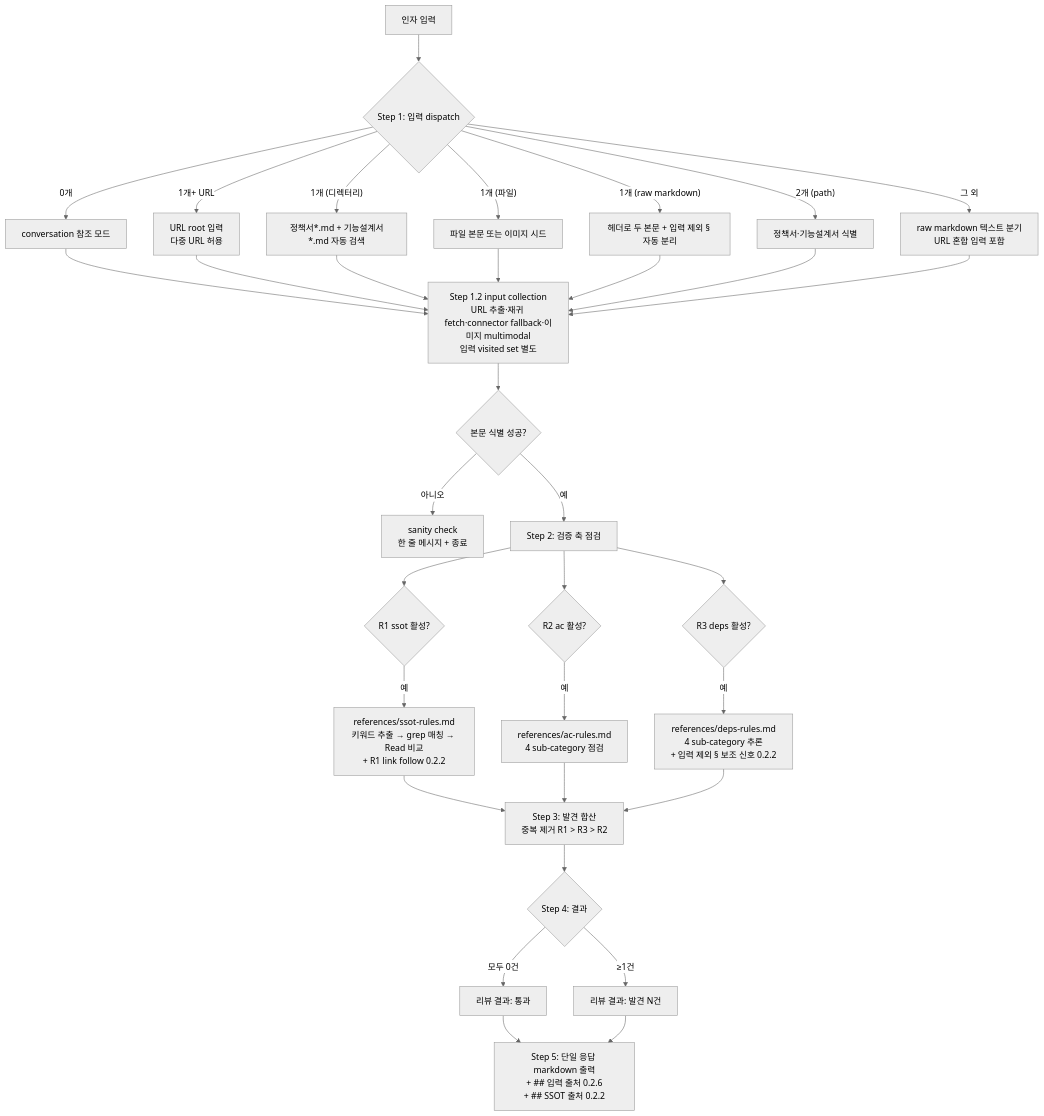
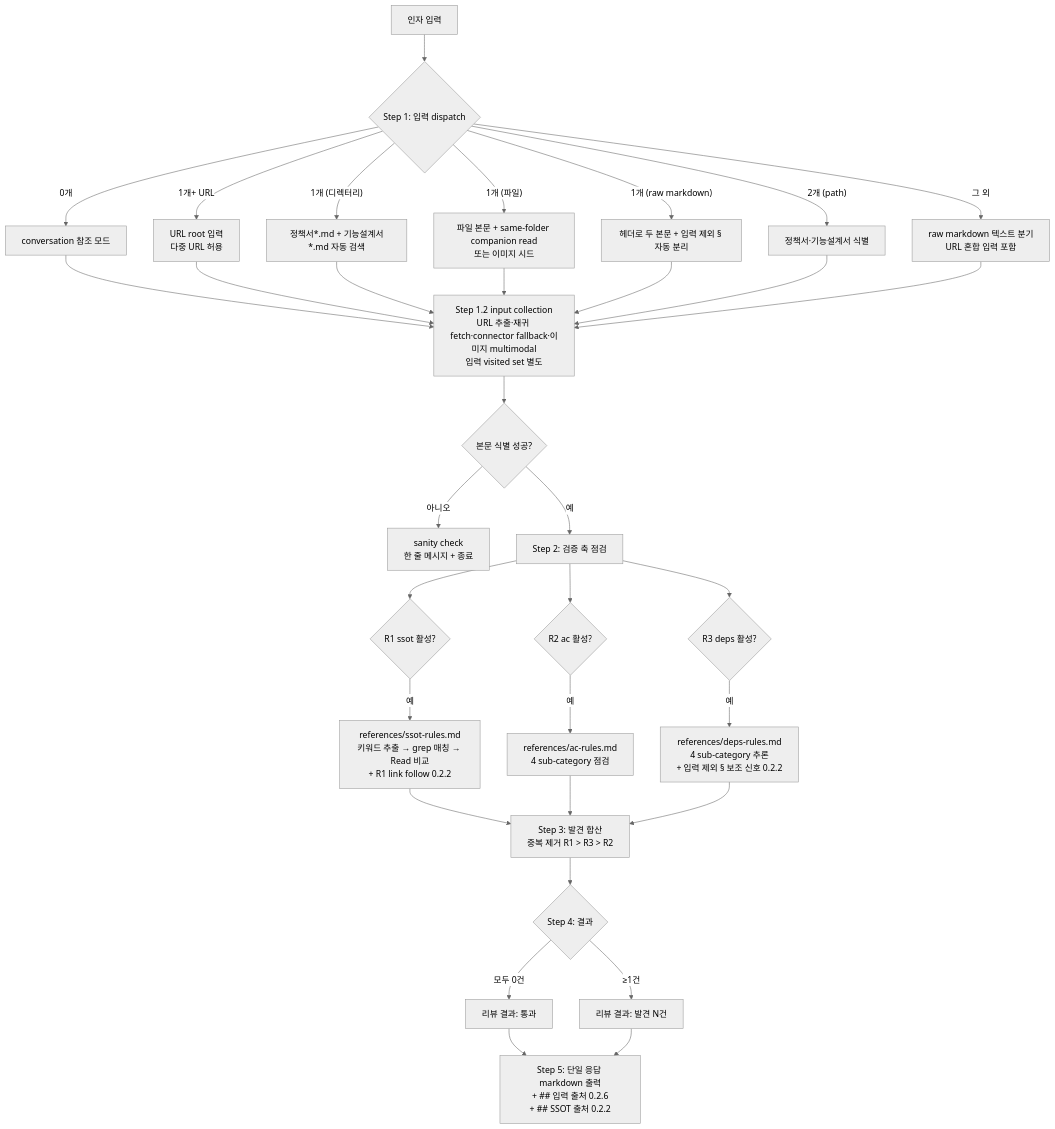
Before and after one commit to inkwonjung-colosseum/plugins: the first of 8 diagrams in planning-kit/docs/planning-review-workflow.md, drawn with Mermaid (neutral theme). The commit also changed other lines of this file and 74 other files, not shown here.

````diff
--- a/planning-kit/docs/planning-review-workflow.md
+++ b/planning-kit/docs/planning-review-workflow.md
@@ -9,41 +9,41 @@
 ```mermaid
 flowchart TD
   A[인자 입력] --> B{Step 1: 입력 dispatch}
   B -->|0개| BC[conversation 참조 모드]
   B -->|"1개+ URL"| BU[URL root 입력<br/>다중 URL 허용]
   B -->|"1개 (디렉터리)"| B1[정책서*.md + 기능설계서*.md 자동 검색]
-  B -->|"1개 (파일)"| B2[파일 본문 또는 이미지 시드]
+  B -->|"1개 (파일)"| B2[파일 본문 + same-folder companion read<br/>또는 이미지 시드]
   B -->|"1개 (raw markdown)"| B3[헤더로 두 본문 + 입력 제외 § 자동 분리]
   B -->|"2개 (path)"| B4[정책서·기능설계서 식별]
   B -->|"그 외"| B5[raw markdown 텍스트 분기<br/>URL 혼합 입력 포함]
 
   BC --> IC[Step 1.2 input collection<br/>URL 추출·재귀 fetch·connector fallback·이미지 multimodal<br/>입력 visited set 별도]
   BU --> IC
   B1 --> IC
   B2 --> IC
   B3 --> IC
   B4 --> IC
   B5 --> IC
   IC --> C{본문 식별 성공?}
   C -->|아니오| CX[sanity check<br/>한 줄 메시지 + 종료]
   C -->|예| D[Step 2: 검증 축 점검]
 
   D --> R1{R1 ssot 활성?}
   D --> R2{R2 ac 활성?}
   D --> R3{R3 deps 활성?}
 
   R1 -->|예| RR1[references/ssot-rules.md<br/>키워드 추출 → grep 매칭 → Read 비교<br/>+ R1 link follow 0.2.2]
   R2 -->|예| RR2[references/ac-rules.md<br/>4 sub-category 점검]
   R3 -->|예| RR3[references/deps-rules.md<br/>4 sub-category 추론<br/>+ 입력 제외 § 보조 신호 0.2.2]
 
   RR1 --> M[Step 3: 발견 합산<br/>중복 제거 R1 > R3 > R2]
   RR2 --> M
   RR3 --> M
 
   M --> N{Step 4: 결과}
   N -->|모두 0건| PASS[리뷰 결과: 통과]
   N -->|≥1건| FOUND[리뷰 결과: 발견 N건]
 
   PASS --> OUT[Step 5: 단일 응답 markdown 출력<br/>+ ## 입력 출처 0.2.6<br/>+ ## SSOT 출처 0.2.2]
   FOUND --> OUT
 ```
````
